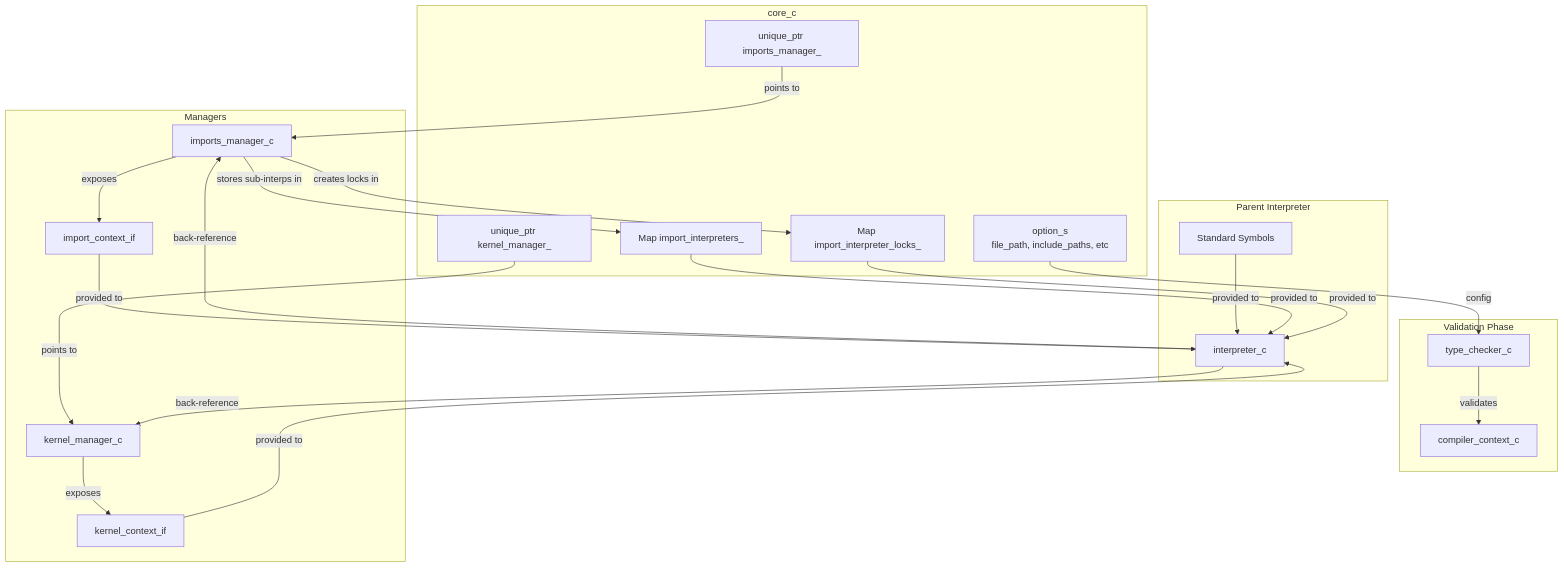
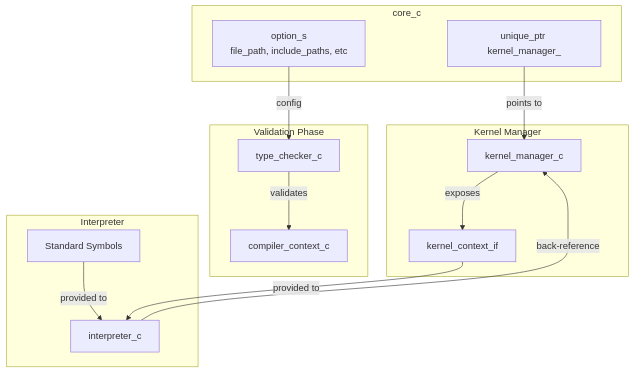
Before and after one commit to bosley/sxs: the first of 2 diagrams in docs/core/core.md, drawn with Mermaid. The commit also changed other lines of this file and 73 other files, not shown here.

````diff
--- a/docs/core/core.md
+++ b/docs/core/core.md
@@ -20,43 +19,30 @@
 ```mermaid
 graph TB
     subgraph "core_c"
         OPT[option_s<br/>file_path, include_paths, etc]
-        IM[unique_ptr imports_manager_]
         KM[unique_ptr kernel_manager_]
-        IIS[Map import_interpreters_]
-        IIL[Map import_interpreter_locks_]
     end
     
     subgraph "Validation Phase"
         TC[type_checker_c]
         CCTX[compiler_context_c]
     end
     
-    subgraph "Managers"
-        IMC[imports_manager_c]
-        ICF[import_context_if]
+    subgraph "Kernel Manager"
         KMC[kernel_manager_c]
         KCF[kernel_context_if]
     end
     
-    subgraph "Parent Interpreter"
+    subgraph "Interpreter"
         PI[interpreter_c]
         SYMS[Standard Symbols]
     end
     
     OPT -->|config| TC
     TC -->|validates| CCTX
-    IM -->|points to| IMC
     KM -->|points to| KMC
-    IMC -->|exposes| ICF
     KMC -->|exposes| KCF
-    IMC -->|stores sub-interps in| IIS
-    IMC -->|creates locks in| IIL
     SYMS -->|provided to| PI
-    ICF -->|provided to| PI
     KCF -->|provided to| PI
-    IIS -->|provided to| PI
-    IIL -->|provided to| PI
-    PI -->|back-reference| IMC
     PI -->|back-reference| KMC
 ```
````
